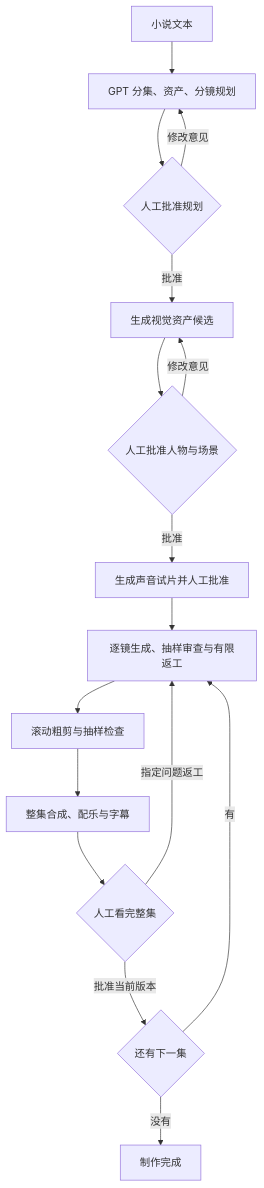
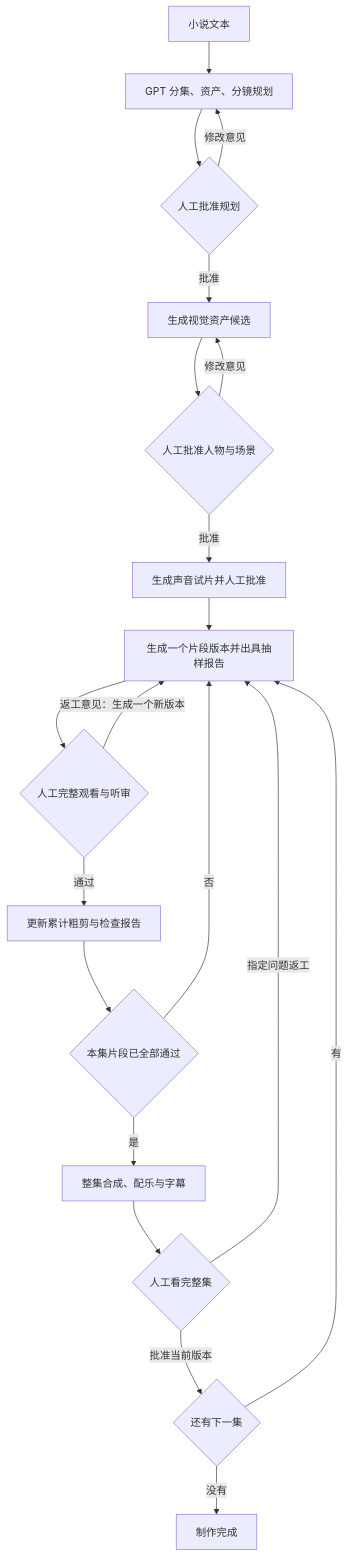
One commit to jiantianshu2021/Nolan changed the diagram in docs/architecture.md. Above: the diagram before and after it, drawn with Mermaid. The commit also changed other lines of this file and 25 other files, not shown here.

````diff
--- a/docs/architecture.md
+++ b/docs/architecture.md
@@ -19,18 +19,22 @@
 ```mermaid
 flowchart TD
     A[小说文本] --> B[GPT 分集、资产、分镜规划]
     B --> C{人工批准规划}
     C -->|修改意见| B
     C -->|批准| D[生成视觉资产候选]
     D --> E{人工批准人物与场景}
     E -->|修改意见| D
     E -->|批准| F[生成声音试片并人工批准]
-    F --> G[逐镜生成、抽样审查与有限返工]
-    G --> H[滚动粗剪与抽样检查]
-    H --> I[整集合成、配乐与字幕]
+    F --> G[生成一个片段版本并出具抽样报告]
+    G --> M{人工完整观看与听审}
+    M -->|返工意见：生成一个新版本| G
+    M -->|通过| H[更新累计粗剪与检查报告]
+    H --> N{本集片段已全部通过}
+    N -->|否| G
+    N -->|是| I[整集合成、配乐与字幕]
     I --> J{人工看完整集}
     J -->|指定问题返工| G
     J -->|批准当前版本| K{还有下一集}
     K -->|有| G
     K -->|没有| L[制作完成]
 ```
````
